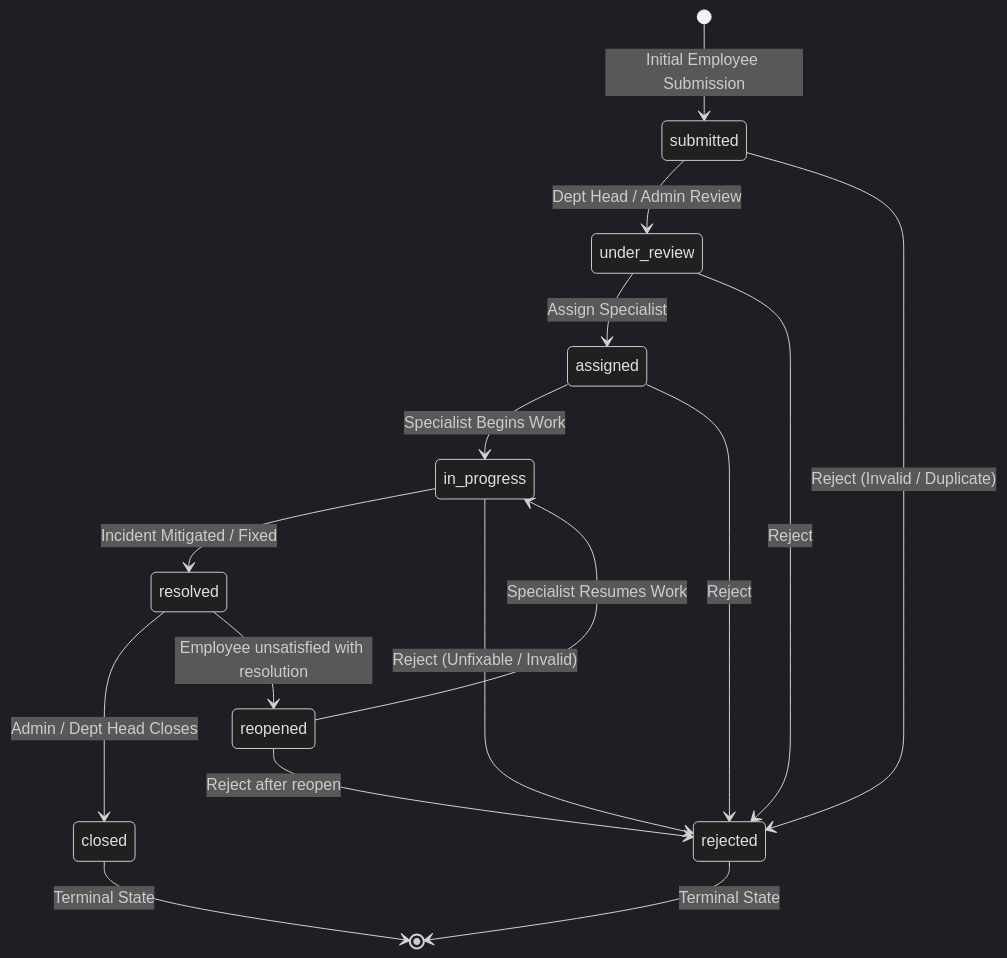
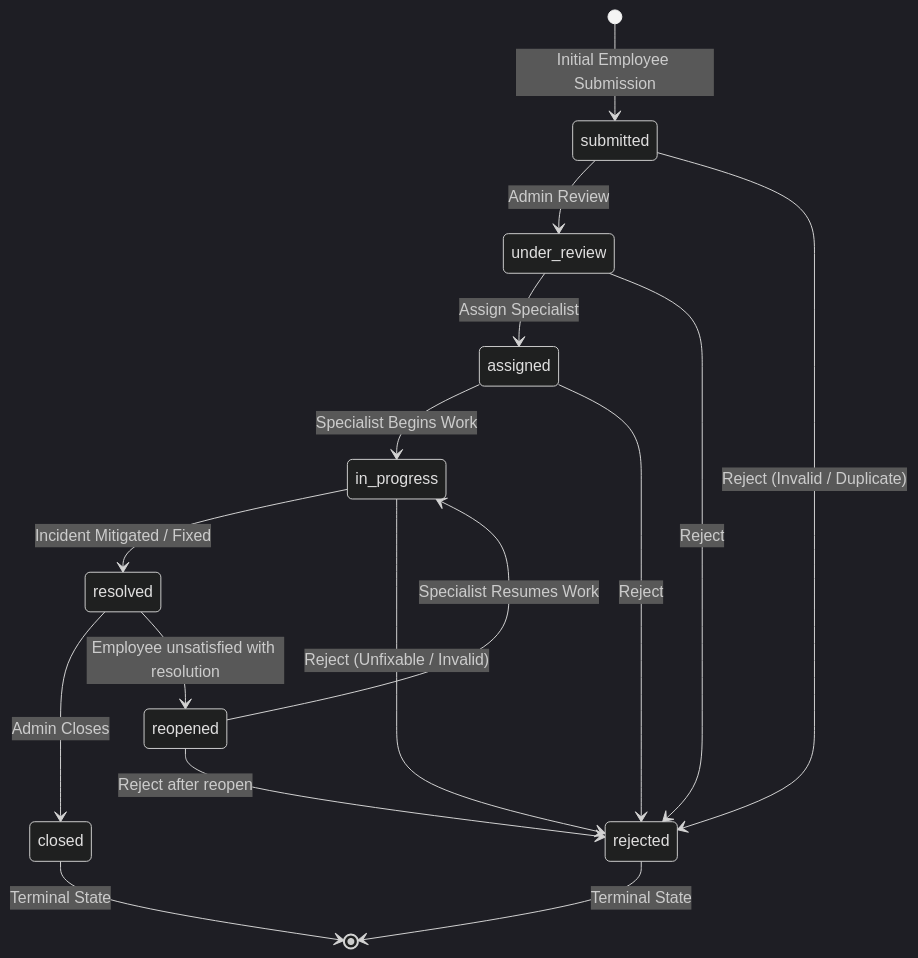
Before and after one commit to gsiddharthrao/ComplaintEase: the diagram in docs/STATE_MACHINE.md, drawn with Mermaid (dark theme). The commit also changed other lines of this file and 34 other files, not shown here.

Commit message:
feat: complete removal of dept_head role, enforce 2-role system (employee & admin)

````diff
--- a/docs/STATE_MACHINE.md
+++ b/docs/STATE_MACHINE.md
@@ -10,25 +10,25 @@
 ```mermaid
 stateDiagram-v2
     [*] --> submitted : Initial Employee Submission
 
-    submitted --> under_review : Dept Head / Admin Review
+    submitted --> under_review : Admin Review
     submitted --> rejected : Reject (Invalid / Duplicate)
 
     under_review --> assigned : Assign Specialist
     under_review --> rejected : Reject
 
     assigned --> in_progress : Specialist Begins Work
     assigned --> rejected : Reject
 
     in_progress --> resolved : Incident Mitigated / Fixed
     in_progress --> rejected : Reject (Unfixable / Invalid)
 
-    resolved --> closed : Admin / Dept Head Closes
+    resolved --> closed : Admin Closes
     resolved --> reopened : Employee unsatisfied with resolution
 
     reopened --> in_progress : Specialist Resumes Work
     reopened --> rejected : Reject after reopen
 
     closed --> [*] : Terminal State
     rejected --> [*] : Terminal State
 ```
````
